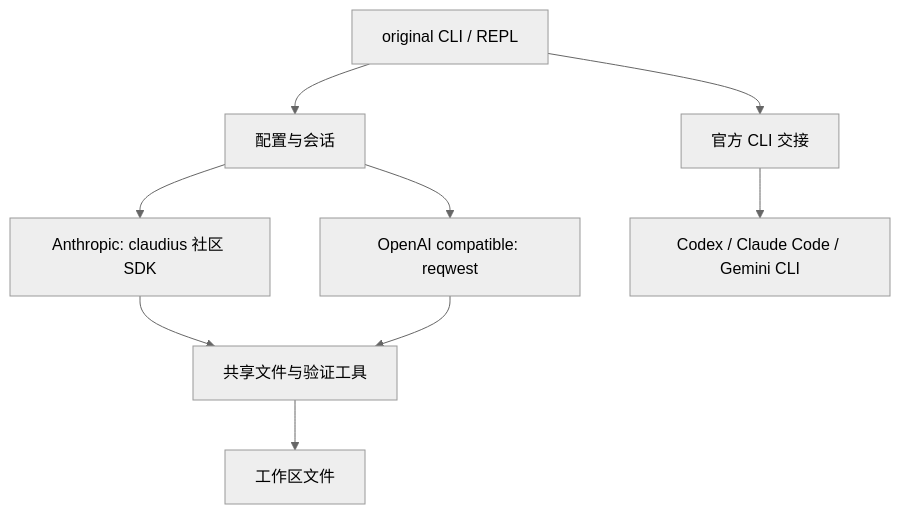
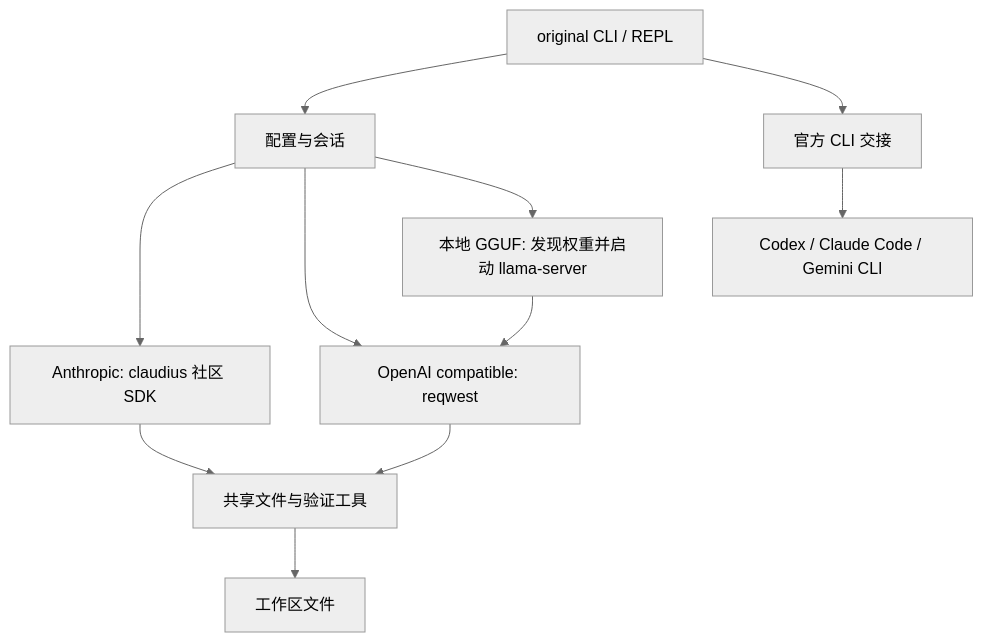
Before and after one commit to haoranyoung09-sys/original-agent: the diagram in README.md, drawn with Mermaid (neutral theme). The commit also changed other lines of this file and 6 other files, not shown here.

````diff
--- a/README.md
+++ b/README.md
@@ -100,11 +100,13 @@
 ```mermaid
 flowchart TD
     A[original CLI / REPL] --> B[配置与会话]
     B --> C[Anthropic: claudius 社区 SDK]
     B --> D[OpenAI compatible: reqwest]
+    B --> L[本地 GGUF: 发现权重并启动 llama-server]
+    L --> D
     C --> E[共享文件与验证工具]
     D --> E
     E --> F[工作区文件]
     A --> G[官方 CLI 交接]
     G --> H[Codex / Claude Code / Gemini CLI]
 ```
````
